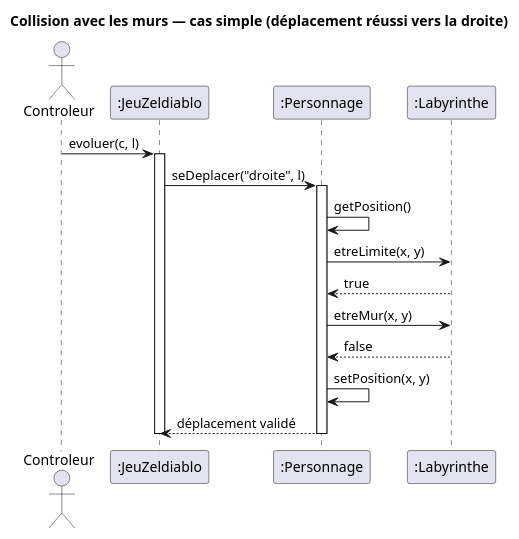
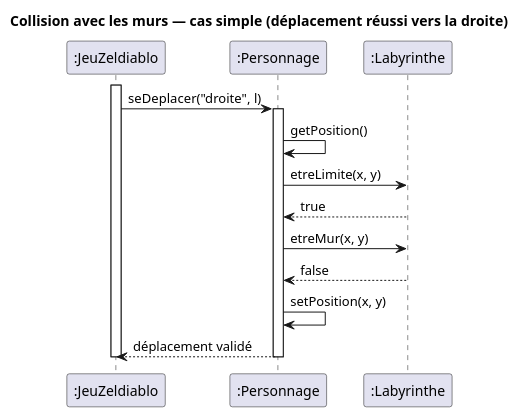
One commit to D-Lilian09/2026_COO_Zeldiablo_DU-HE-MA-PA changed the diagram in documents/version_2/diagramme_de_sequence_ colision_mur.puml. Above: the diagram before and after it, drawn with PlantUML.

Commit message:
modification diagramme de sequence colision mur

```diff
--- a/documents/version_2/diagramme_de_sequence_ colision_mur.puml
+++ b/documents/version_2/diagramme_de_sequence_ colision_mur.puml
@@ -1,30 +1,29 @@
 @startuml
 title Collision avec les murs — cas simple (déplacement réussi vers la droite)
 
-actor Controleur as ctrl
 participant ":JeuZeldiablo" as jeu
 participant ":Personnage" as perso
 participant ":Labyrinthe" as laby
 
-ctrl -> jeu : evoluer(c, l)
+
 activate jeu
 
 jeu -> perso : seDeplacer("droite", l)
 activate perso
 
 perso -> perso : getPosition()
 
 
 perso -> laby : etreLimite(x, y)
 laby --> perso : true
 
 perso -> laby : etreMur(x, y)
 laby --> perso : false
 
 perso -> perso : setPosition(x, y)
 
 perso --> jeu : déplacement validé
 deactivate perso
 
 deactivate jeu
 @enduml
```
